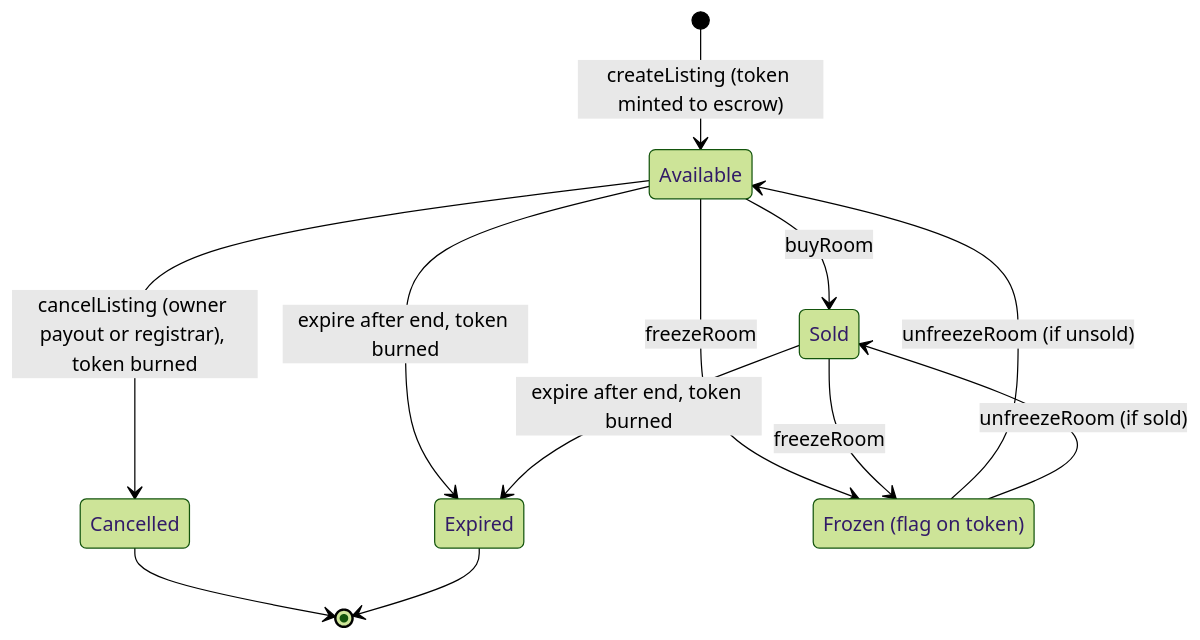
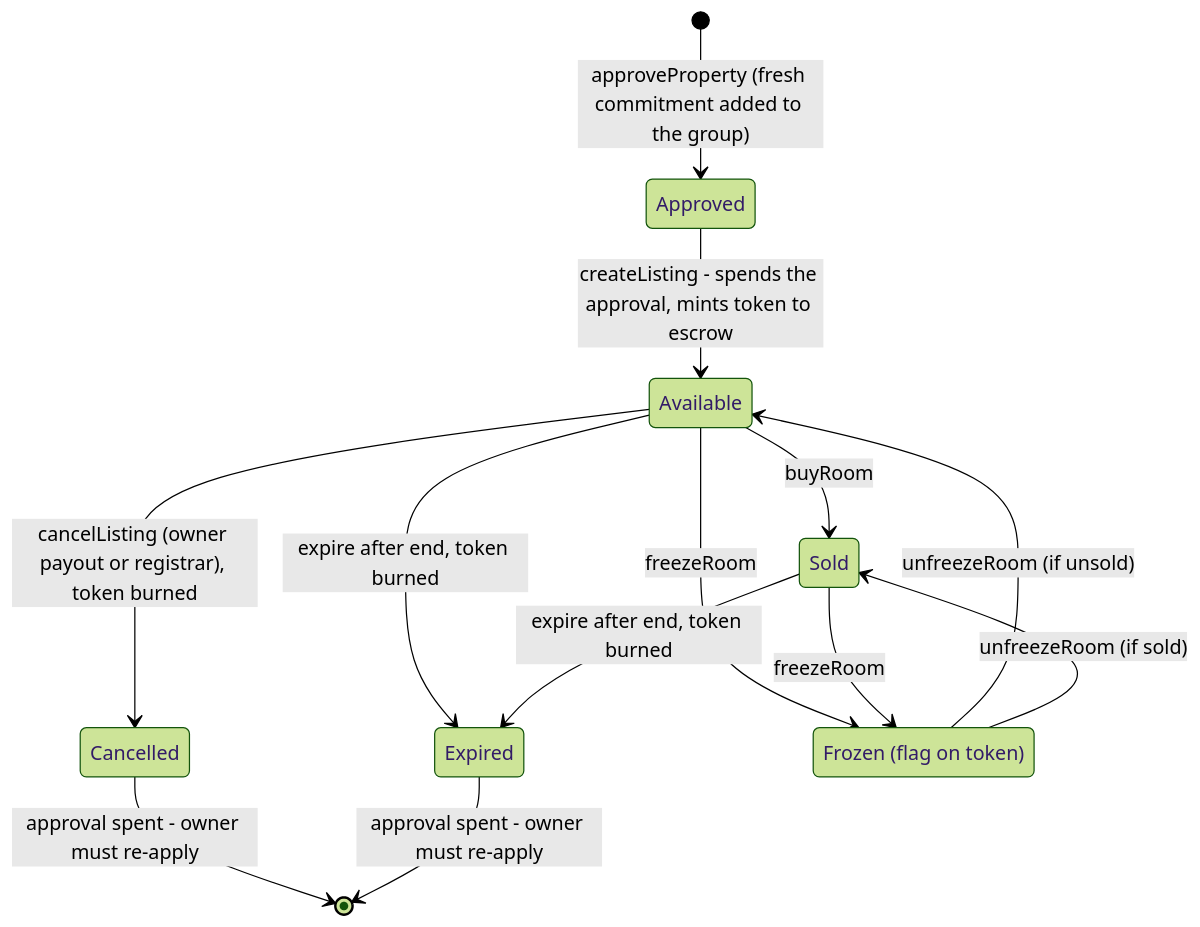
The fourth of 6 diagrams in foundry/README.md (Nitish-d-Great/Rent-Me-Out), drawn with Mermaid (forest theme) before and after one commit. The commit also changed other lines of this file and 24 other files, not shown here.

````diff
--- a/foundry/README.md
+++ b/foundry/README.md
@@ -172,16 +214,17 @@
 ```mermaid
 stateDiagram-v2
-    [*] --> Available: createListing (token minted to escrow)
+    [*] --> Approved: approveProperty (fresh commitment added to the group)
+    Approved --> Available: createListing - spends the approval, mints token to escrow
     Available --> Sold: buyRoom
     Available --> Cancelled: cancelListing (owner payout or registrar), token burned
     Available --> Expired: expire after end, token burned
     Sold --> Expired: expire after end, token burned
-    Cancelled --> [*]
-    Expired --> [*]
+    Cancelled --> [*]: approval spent - owner must re-apply
+    Expired --> [*]: approval spent - owner must re-apply
 
     state "Frozen (flag on token)" as F
     Available --> F: freezeRoom
     Sold --> F: freezeRoom
     F --> Available: unfreezeRoom (if unsold)
     F --> Sold: unfreezeRoom (if sold)
 ```
````
